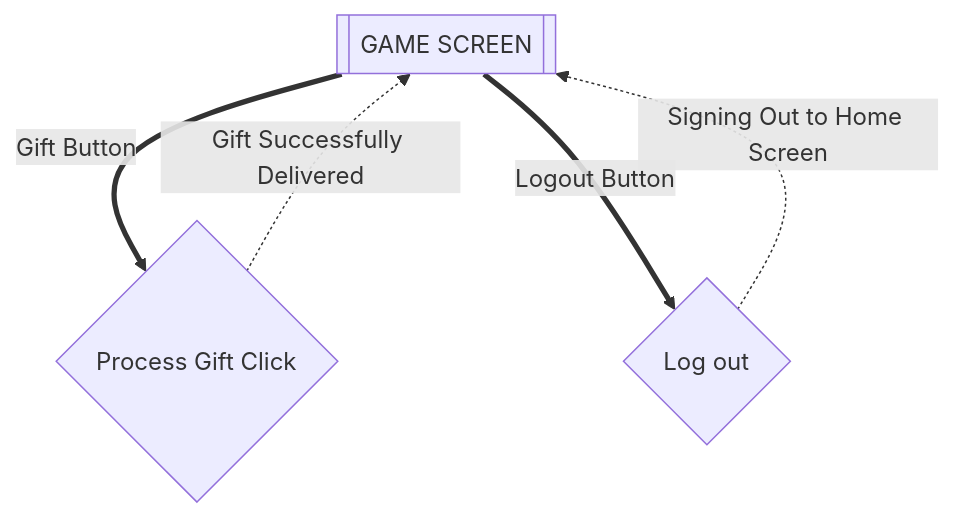
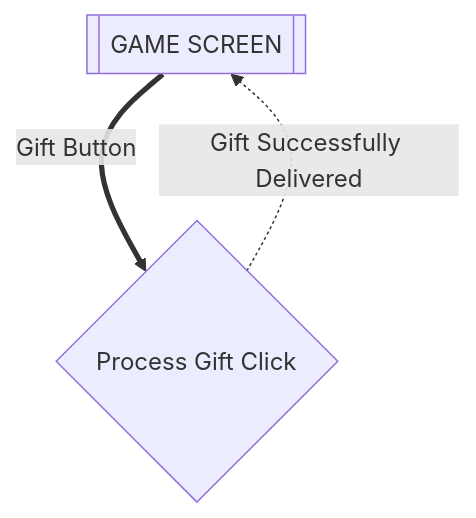
Before and after one commit to umangmehta0007/Clicker: the second of 3 diagrams in flows.md, drawn with Mermaid. The commit also changed 36 other files, not shown here.

````diff
--- a/flows.md
+++ b/flows.md
@@ -43,17 +43,15 @@
 ```mermaid
 
 flowchart
         
     hs[[GAME SCREEN]]
     clicked{Process Gift Click}
-    lg{Log out}
+  
     
     hs == Gift Button ==> clicked
-    hs == Logout Button ==> lg
 
     clicked -.Gift Successfully Delivered.->hs
-    lg -.Signing Out to Home Screen.->hs
 
 
 
 ```
````
